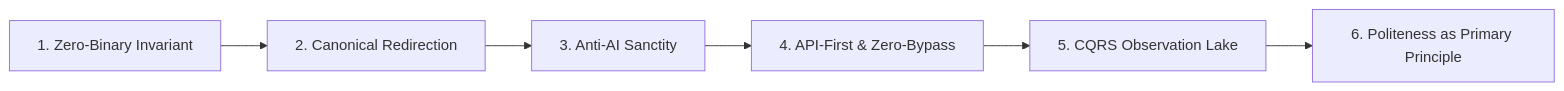
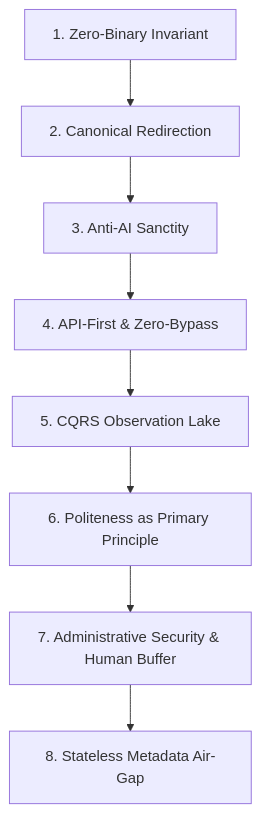
One commit to SlamTheDragon/vrc-package-crawler changed the second of 2 diagrams in docs/topics/07_topics_to_learn_practice_observe_and_philosophies.md. Above: the diagram before and after it, drawn with Mermaid. The commit also changed other lines of this file and 18 other files, not shown here.

````diff
--- a/docs/topics/07_topics_to_learn_practice_observe_and_philosophies.md
+++ b/docs/topics/07_topics_to_learn_practice_observe_and_philosophies.md
@@ -100,8 +108,10 @@
 ```mermaid
-flowchart LR
+flowchart TD
     P1["1. Zero-Binary Invariant"] --> P2["2. Canonical Redirection"]
     P2 --> P3["3. Anti-AI Sanctity"]
     P3 --> P4["4. API-First & Zero-Bypass"]
     P4 --> P5["5. CQRS Observation Lake"]
     P5 --> P6["6. Politeness as Primary Principle"]
+    P6 --> P7["7. Administrative Security & Human Buffer"]
+    P7 --> P8["8. Stateless Metadata Air-Gap"]
 ```
````
